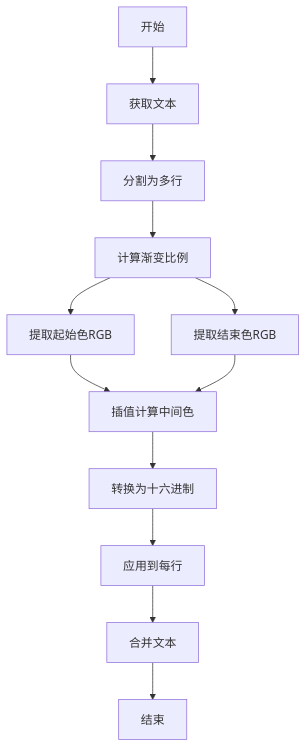
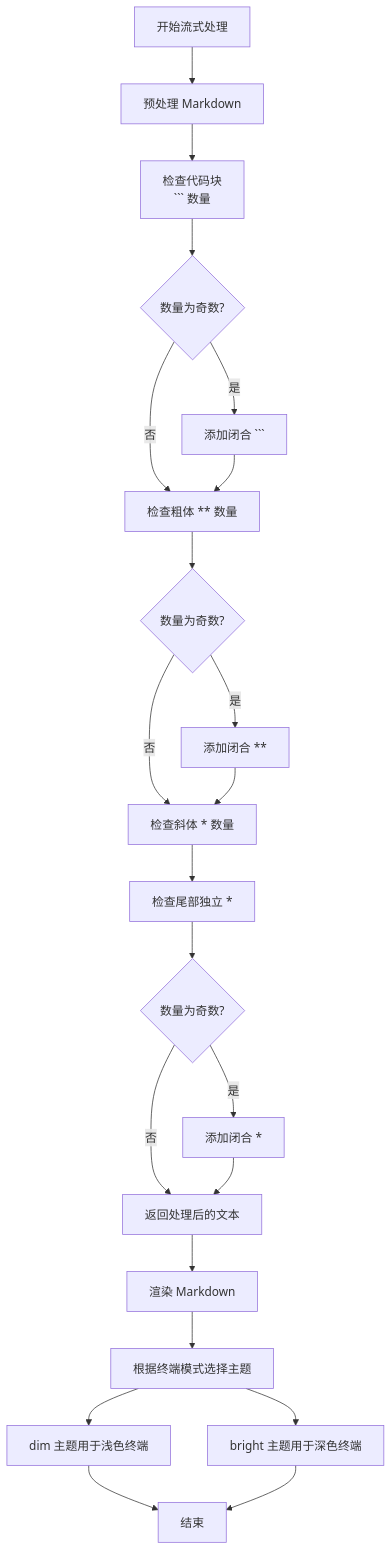
One commit to HAOFUYANG/onion-code changed the tenth of 12 diagrams in .qoder/repowiki/zh/content/核心架构/React 终端 UI 组件.md. Above: the diagram before and after it, drawn with Mermaid. The commit also changed other lines of this file and 14 other files, not shown here.

````diff
--- a/.qoder/repowiki/zh/content/核心架构/React 终端 UI 组件.md
+++ b/.qoder/repowiki/zh/content/核心架构/React 终端 UI 组件.md
@@ -382,14 +491,25 @@
 ```mermaid
 flowchart TD
-Start[开始] --> GetText[获取文本]
-GetText --> SplitLines[分割为多行]
-SplitLines --> CalcRatio[计算渐变比例]
-CalcRatio --> RGB1[提取起始色RGB]
-CalcRatio --> RGB2[提取结束色RGB]
-RGB1 --> Interpolate[插值计算中间色]
-RGB2 --> Interpolate
-Interpolate --> Hex[转换为十六进制]
-Hex --> ApplyColor[应用到每行]
-ApplyColor --> JoinText[合并文本]
-JoinText --> End[结束]
+Start[开始流式处理] --> Preprocess[预处理 Markdown]
+Preprocess --> FenceCheck[检查代码块
+``` 数量]
+FenceCheck --> OddFence{数量为奇数?}
+OddFence --> |是| AddFence[添加闭合 ```]
+OddFence --> |否| BoldCheck[检查粗体 ** 数量]
+AddFence --> BoldCheck
+BoldCheck --> OddBold{数量为奇数?}
+OddBold --> |是| AddBold[添加闭合 **]
+OddBold --> |否| ItalicCheck[检查斜体 * 数量]
+AddBold --> ItalicCheck
+ItalicCheck --> TrailingItalic[检查尾部独立 *]
+TrailingItalic --> OddItalic{数量为奇数?}
+OddItalic --> |是| AddItalic[添加闭合 *]
+OddItalic --> |否| ReturnText[返回处理后的文本]
+AddItalic --> ReturnText
+ReturnText --> Render[渲染 Markdown]
+Render --> ThemeSelect[根据终端模式选择主题]
+ThemeSelect --> DimTheme[dim 主题用于浅色终端]
+ThemeSelect --> BrightTheme[bright 主题用于深色终端]
+DimTheme --> End[结束]
+BrightTheme --> End
 ```
````
